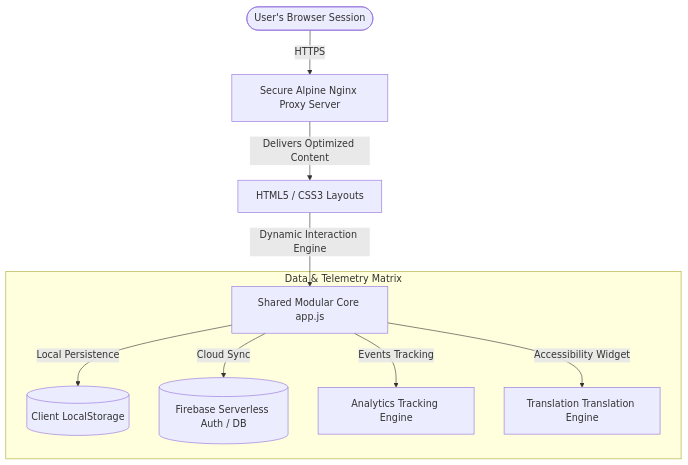
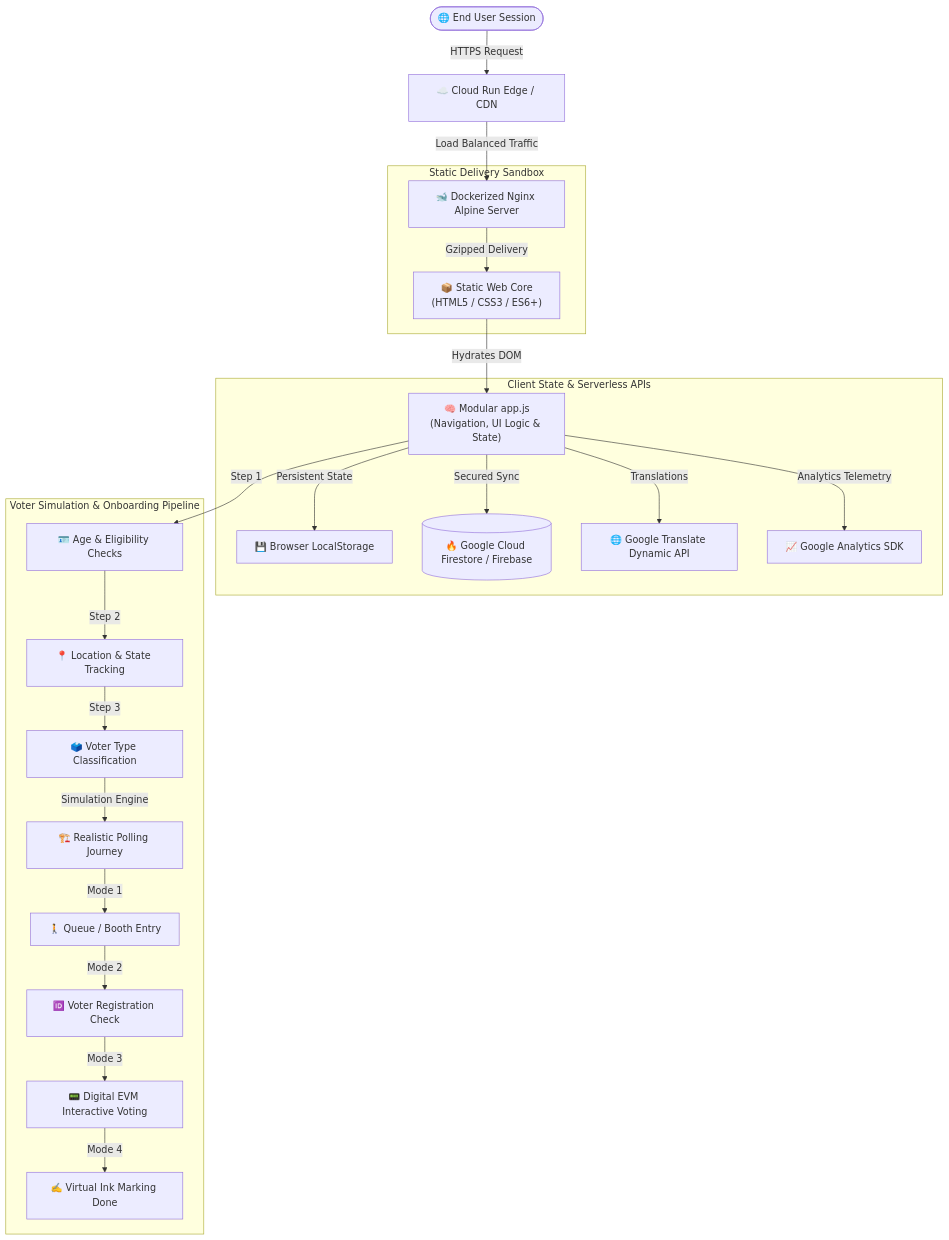
Before and after one commit to vaishnavi-ctrl-jpg/ELECTION-MENTOR-AI: the diagram in README.md, drawn with Mermaid. The commit also changed other lines of this file, not shown here.

Commit message:
Enhance Mermaid diagram with descriptive icons, and a highly detailed user journey flowchart

````diff
--- a/README.md
+++ b/README.md
@@ -54,13 +54,34 @@
 ```mermaid
 graph TD
-    User([User's Browser Session]) -->|HTTPS| Nginx[Secure Alpine Nginx Proxy Server]
-    Nginx -->|Delivers Optimized Content| HTML[HTML5 / CSS3 Layouts]
-    HTML -->|Dynamic Interaction Engine| SharedJS[Shared Modular Core app.js]
+    %% Base Tier
+    User([🌐 End User Session]) -->|HTTPS Request| CDN[☁️ Cloud Run Edge / CDN]
+    CDN -->|Load Balanced Traffic| Nginx[🐋 Dockerized Nginx Alpine Server]
     
-    subgraph Data & Telemetry Matrix
-        SharedJS -->|Local Persistence| Storage[(Client LocalStorage)]
-        SharedJS -->|Cloud Sync| Firebase[(Firebase Serverless Auth / DB)]
-        SharedJS -->|Events Tracking| GAnalytics[Analytics Tracking Engine]
-        SharedJS -->|Accessibility Widget| GTranslate[Translation Translation Engine]
+    %% Nginx Layer
+    subgraph Static Delivery Sandbox
+        Nginx -->|Gzipped Delivery| WebAsset["📦 Static Web Core<br/>(HTML5 / CSS3 / ES6+)"]
+    end
+    
+    %% Core Client Runtime
+    WebAsset -->|Hydrates DOM| AppJS["🧠 Modular app.js<br/>(Navigation, UI Logic & State)"]
+    
+    %% Dynamic Feature Matrix
+    subgraph Client State & Serverless APIs
+        AppJS -->|Persistent State| Cache[💾 Browser LocalStorage]
+        AppJS -->|Secured Sync| DB[(🔥 Google Cloud Firestore / Firebase)]
+        AppJS -->|Translations| i18n[🌐 Google Translate Dynamic API]
+        AppJS -->|Analytics Telemetry| Metrics[📈 Google Analytics SDK]
+    end
+    
+    %% Journey Simulation Engine
+    subgraph Voter Simulation & Onboarding Pipeline
+        AppJS -->|Step 1| Onboard1["🪪 Age & Eligibility Checks"]
+        Onboard1 -->|Step 2| Onboard2["📍 Location & State Tracking"]
+        Onboard2 -->|Step 3| Onboard3["🗳️ Voter Type Classification"]
+        Onboard3 -->|Simulation Engine| Sim["🏗️ Realistic Polling Journey"]
+        Sim -->|Mode 1| BEntry[🚶 Queue / Booth Entry]
+        BEntry -->|Mode 2| IDCheck[🆔 Voter Registration Check]
+        IDCheck -->|Mode 3| EVM[📟 Digital EVM Interactive Voting]
+        EVM -->|Mode 4| Ink[✍️ Virtual Ink Marking Done]
     end
 ```
````
